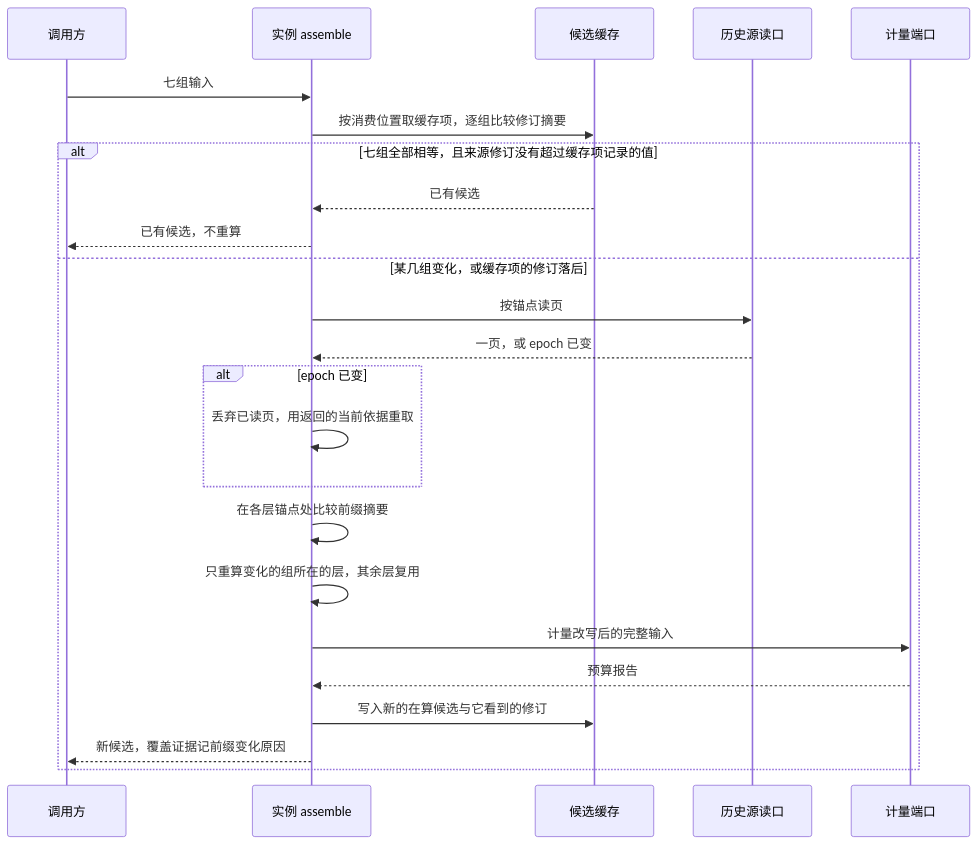
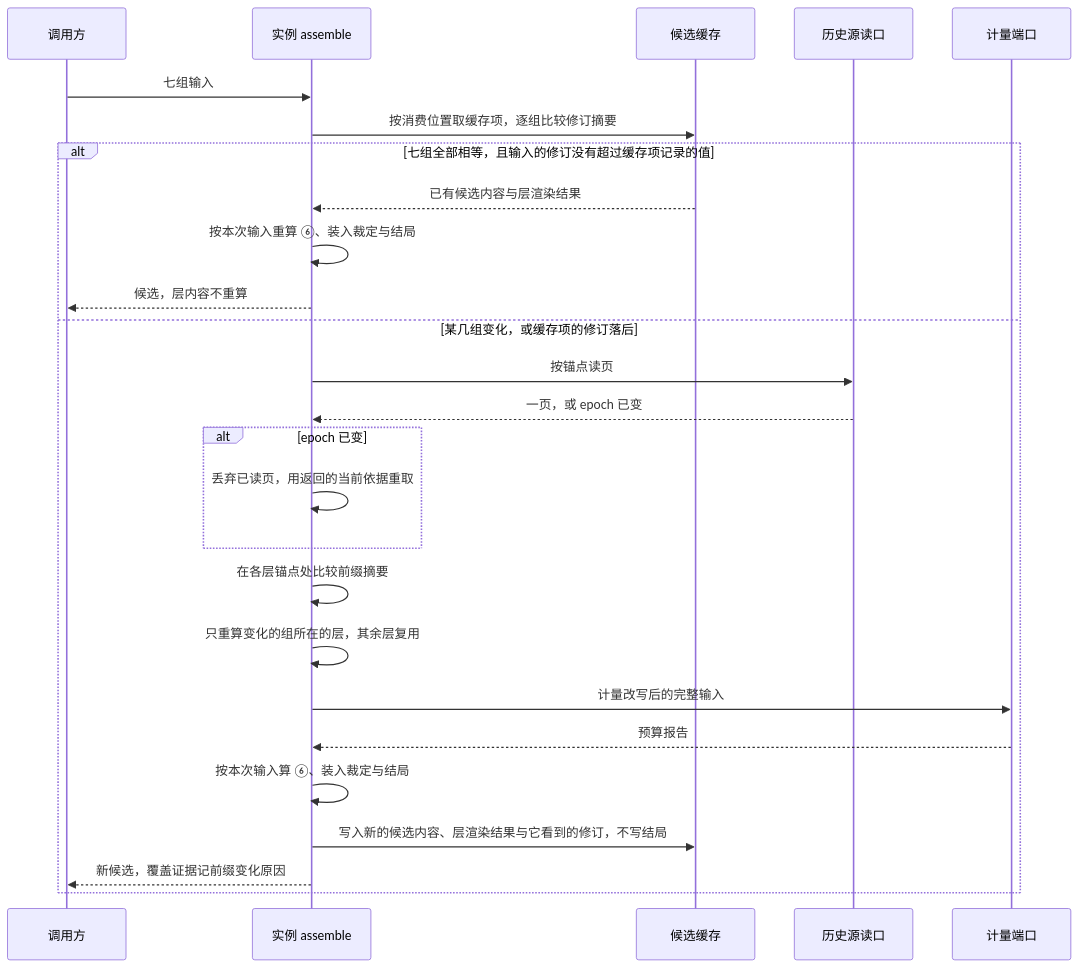
The first of 3 diagrams in packages/context/request-context/docs/flows.md (nemori-ai/omne-harness-lite), drawn with Mermaid before and after one commit. The commit also changed other lines of this file and 68 other files, not shown here.

````diff
--- a/packages/context/request-context/docs/flows.md
+++ b/packages/context/request-context/docs/flows.md
@@ -15,26 +15,28 @@
 ```mermaid
 sequenceDiagram
   participant C as 调用方
   participant I as 实例 assemble
   participant K as 候选缓存
   participant H as 历史源读口
   participant M as 计量端口
   C->>I: 七组输入
   I->>K: 按消费位置取缓存项，逐组比较修订摘要
-  alt 七组全部相等，且来源修订没有超过缓存项记录的值
-    K-->>I: 已有候选
-    I-->>C: 已有候选，不重算
+  alt 七组全部相等，且输入的修订没有超过缓存项记录的值
+    K-->>I: 已有候选内容与层渲染结果
+    I->>I: 按本次输入重算 ⑥、装入裁定与结局
+    I-->>C: 候选，层内容不重算
   else 某几组变化，或缓存项的修订落后
     I->>H: 按锚点读页
     H-->>I: 一页，或 epoch 已变
     alt epoch 已变
       I->>I: 丢弃已读页，用返回的当前依据重取
     end
     I->>I: 在各层锚点处比较前缀摘要
     I->>I: 只重算变化的组所在的层，其余层复用
     I->>M: 计量改写后的完整输入
     M-->>I: 预算报告
-    I->>K: 写入新的在算候选与它看到的修订
+    I->>I: 按本次输入算 ⑥、装入裁定与结局
+    I->>K: 写入新的候选内容、层渲染结果与它看到的修订，不写结局
     I-->>C: 新候选，覆盖证据记前缀变化原因
   end
 ```
````
